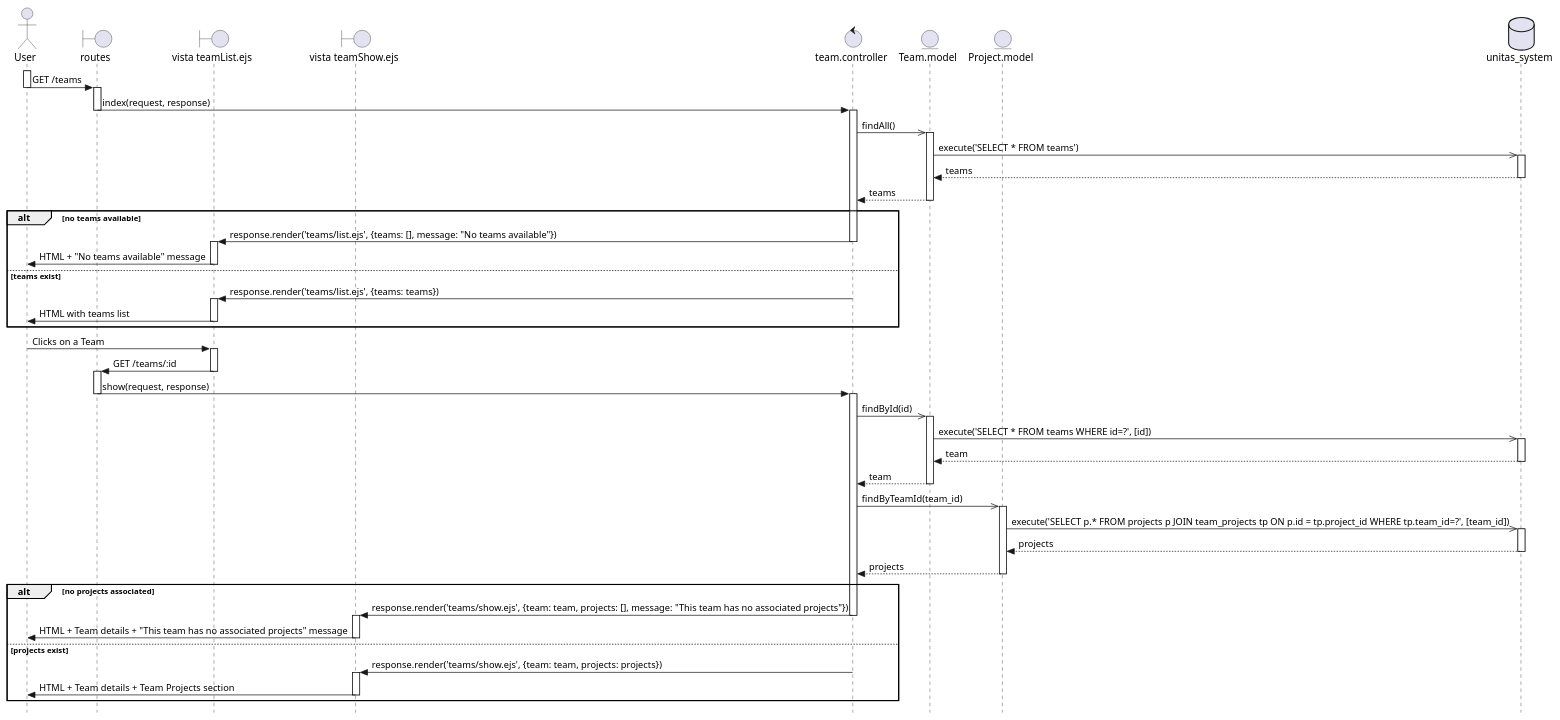
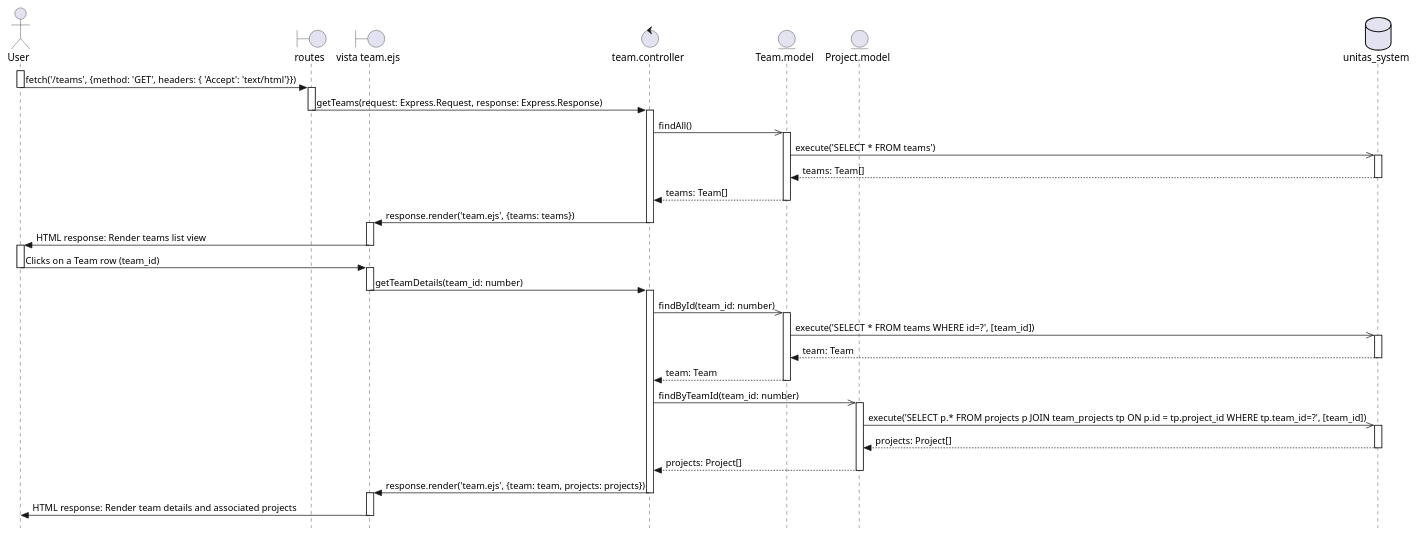
Before and after one commit to Berthou05/LimboSoftwareDevelopment_Change.org: the diagram in documentation/sequence_diagrams/TEAM-08.puml, drawn with PlantUML. The commit also changed 1 other file, not shown here.

Commit message:
[DOCS] Update sequence diagrams

```diff
--- a/documentation/sequence_diagrams/TEAM-08.puml
+++ b/documentation/sequence_diagrams/TEAM-08.puml
@@ -1,89 +1,63 @@
 @startuml
 skinparam style strictuml
 
 actor User as U
 boundary "routes" as RO
-boundary "vista teamList.ejs" as VL
-boundary "vista teamShow.ejs" as VS
+boundary "vista team.ejs" as V
 control "team.controller" as C
 entity "Team.model" as TM
 entity "Project.model" as PM
 database "unitas_system" as BD
 
+
 activate U
-U -> RO:GET /teams
+U -> RO: fetch('/teams', {method: 'GET', headers: { 'Accept': 'text/html'}})
 deactivate U
     activate RO
-    RO -> C:index(request, response)
+    RO -> C: getTeams(request: Express.Request, response: Express.Response)
     deactivate RO
         activate C
-        C ->> TM:findAll()
+        C ->> TM: findAll()
             activate TM
-            TM ->> BD:execute('SELECT * FROM teams')
+            TM ->> BD: execute('SELECT * FROM teams')
                 activate BD
-                BD --> TM:teams
+                BD --> TM: teams: Team[]
                 deactivate BD
-            TM --> C:teams
+            TM --> C: teams: Team[]
             deactivate TM
-        
-        alt no teams available
-            C -> VL:response.render('teams/list.ejs', {teams: [], message: "No teams available"})
-            deactivate C
-                activate VL
-                VL -> U:HTML + "No teams available" message
-                deactivate VL
-        
-        else teams exist
-            C -> VL:response.render('teams/list.ejs', {teams: teams})
-            deactivate C
-                activate VL
-                VL -> U:HTML with teams list
-                deactivate VL
-        end
+        C -> V: response.render('team.ejs', {teams: teams})
+        deactivate C
+    activate V
+    V -> U: HTML response: Render teams list view
+    deactivate V
 
 activate U
-U -> VL:Clicks on a Team
+U -> V: Clicks on a Team row (team_id)
 deactivate U
-    activate VL
-    VL -> RO:GET /teams/:id
-    deactivate VL
-        activate RO
-        RO -> C:show(request, response)
-        deactivate RO
-            activate C
-            C ->> TM:findById(id)
-                activate TM
-                TM ->> BD:execute('SELECT * FROM teams WHERE id=?', [id])
-                    activate BD
-                    BD --> TM:team
-                    deactivate BD
-                TM --> C:team
-                deactivate TM
-            
-            C ->> PM:findByTeamId(team_id)
-                activate PM
-                PM ->> BD:execute('SELECT p.* FROM projects p JOIN team_projects tp ON p.id = tp.project_id WHERE tp.team_id=?', [team_id])
-                    activate BD
-                    BD --> PM:projects
-                    deactivate BD
-                PM --> C:projects
-                deactivate PM
-            
-            alt no projects associated
-                C -> VS:response.render('teams/show.ejs', {team: team, projects: [], message: "This team has no associated projects"})
-                deactivate C
-                    activate VS
-                    VS -> U:HTML + Team details + "This team has no associated projects" message
-                    deactivate VS
-            
-            else projects exist
-                C -> VS:response.render('teams/show.ejs', {team: team, projects: projects})
-                deactivate C
-                    activate VS
-                    VS -> U:HTML + Team details + Team Projects section
-                    deactivate VS
-            end
-
-activate U
+    activate V
+    V -> C: getTeamDetails(team_id: number)
+    deactivate V
+        activate C
+        C ->> TM: findById(team_id: number)
+            activate TM
+            TM ->> BD: execute('SELECT * FROM teams WHERE id=?', [team_id])
+                activate BD
+                BD --> TM: team: Team
+                deactivate BD
+            TM --> C: team: Team
+            deactivate TM
+        C ->> PM: findByTeamId(team_id: number)
+            activate PM
+            PM ->> BD: execute('SELECT p.* FROM projects p JOIN team_projects tp ON p.id = tp.project_id WHERE tp.team_id=?', [team_id])
+                activate BD
+                BD --> PM: projects: Project[]
+                deactivate BD
+            PM --> C: projects: Project[]
+            deactivate PM
+        C -> V: response.render('team.ejs', {team: team, projects: projects})
+        deactivate C
+    activate V
+    V -> U: HTML response: Render team details and associated projects
+    deactivate V
 
 @enduml
```
